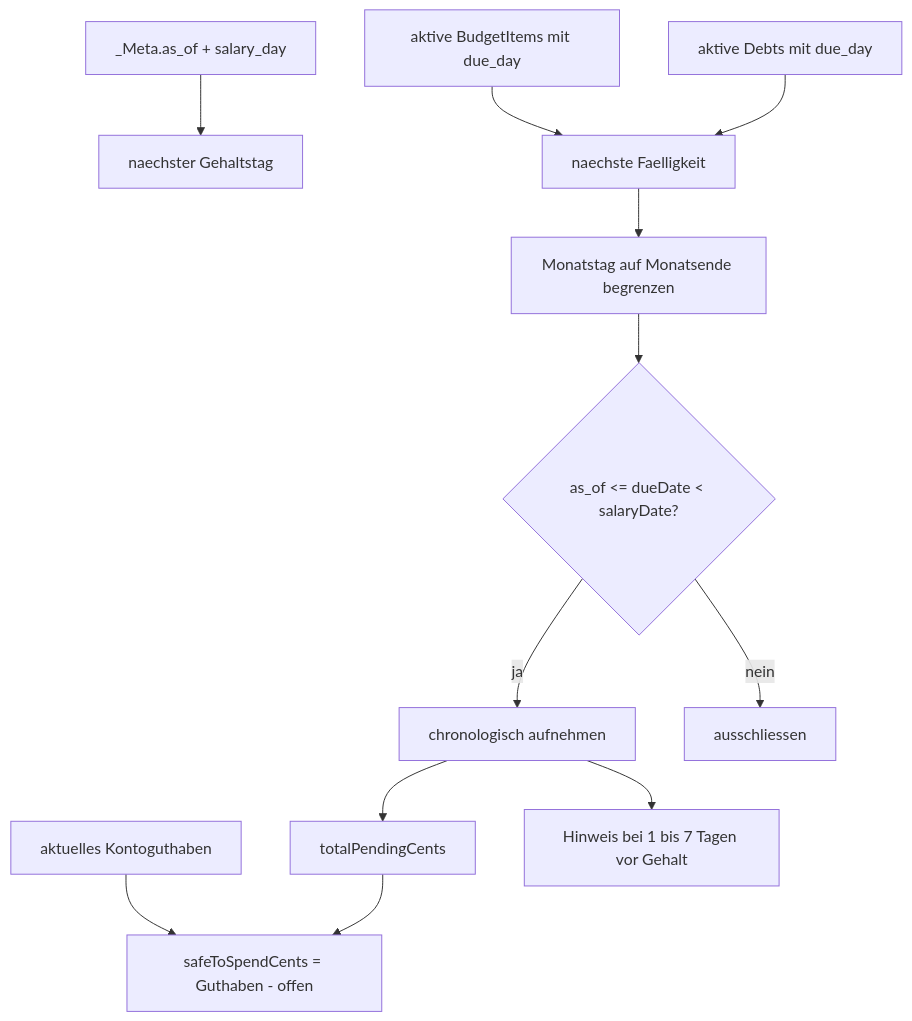
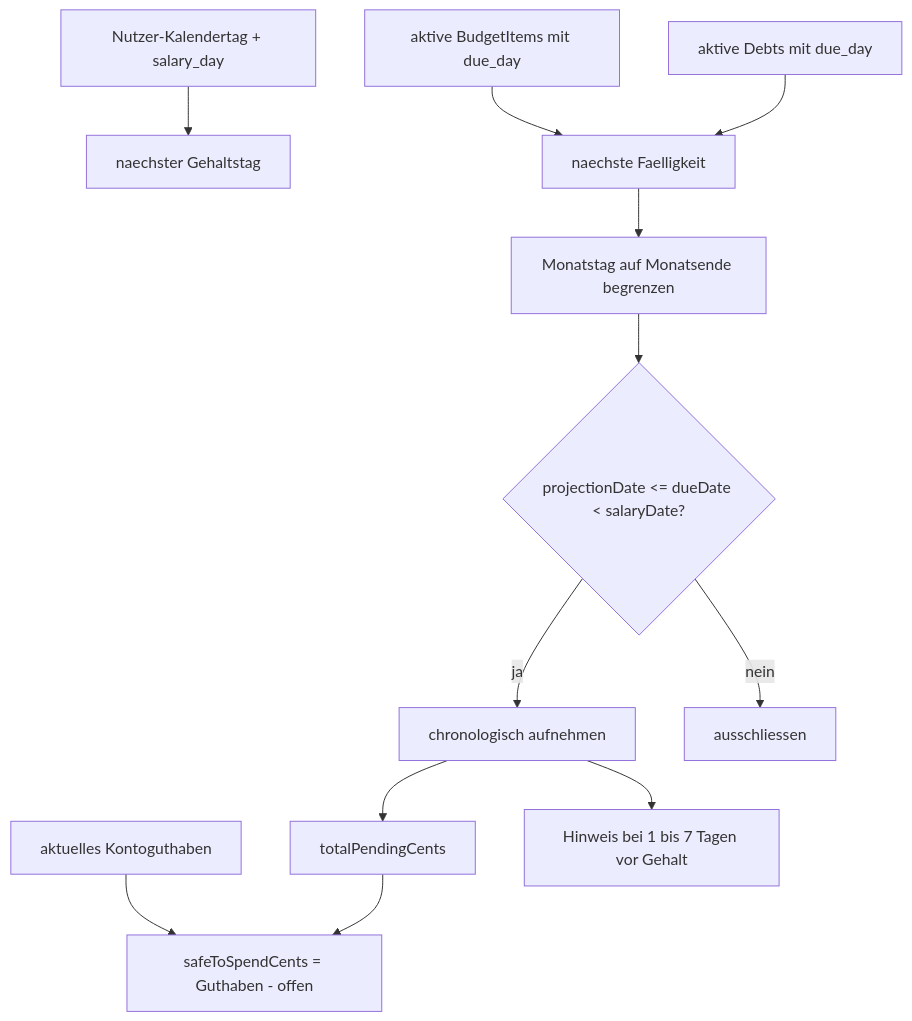
The second of 2 diagrams in docs/architektur/finanz-domaene.md (hernstev97/accura), drawn with Mermaid before and after one commit. The commit also changed other lines of this file and 9 other files, not shown here.

````diff
--- a/docs/architektur/finanz-domaene.md
+++ b/docs/architektur/finanz-domaene.md
@@ -36,14 +38,14 @@
 ```mermaid
 flowchart TD
-  A[_Meta.as_of + salary_day] --> S[naechster Gehaltstag]
+  A[Nutzer-Kalendertag + salary_day] --> S[naechster Gehaltstag]
   B[aktive BudgetItems mit due_day] --> O[naechste Faelligkeit]
   C[aktive Debts mit due_day] --> O
   O --> K[Monatstag auf Monatsende begrenzen]
-  K --> F{as_of <= dueDate < salaryDate?}
+  K --> F{projectionDate <= dueDate < salaryDate?}
   F -->|ja| L[chronologisch aufnehmen]
   F -->|nein| X[ausschliessen]
   L --> T[totalPendingCents]
   G[aktuelles Kontoguthaben] --> V[safeToSpendCents = Guthaben - offen]
   T --> V
   L --> H[Hinweis bei 1 bis 7 Tagen vor Gehalt]
 ```
````
